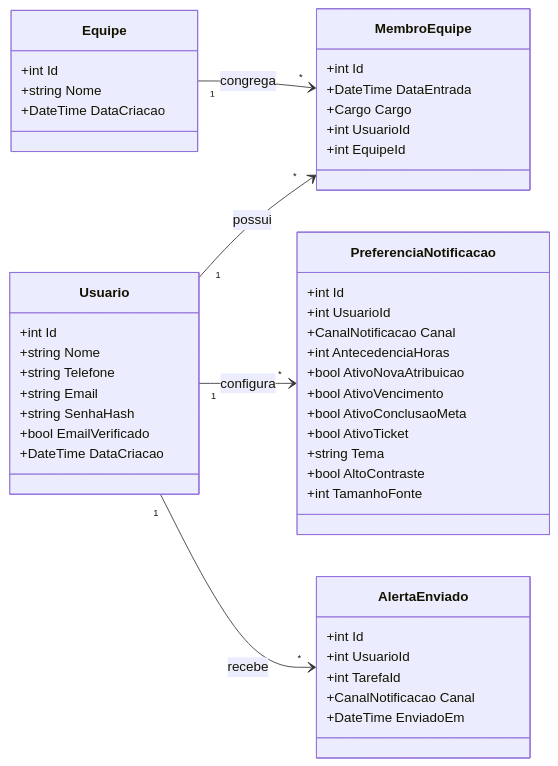
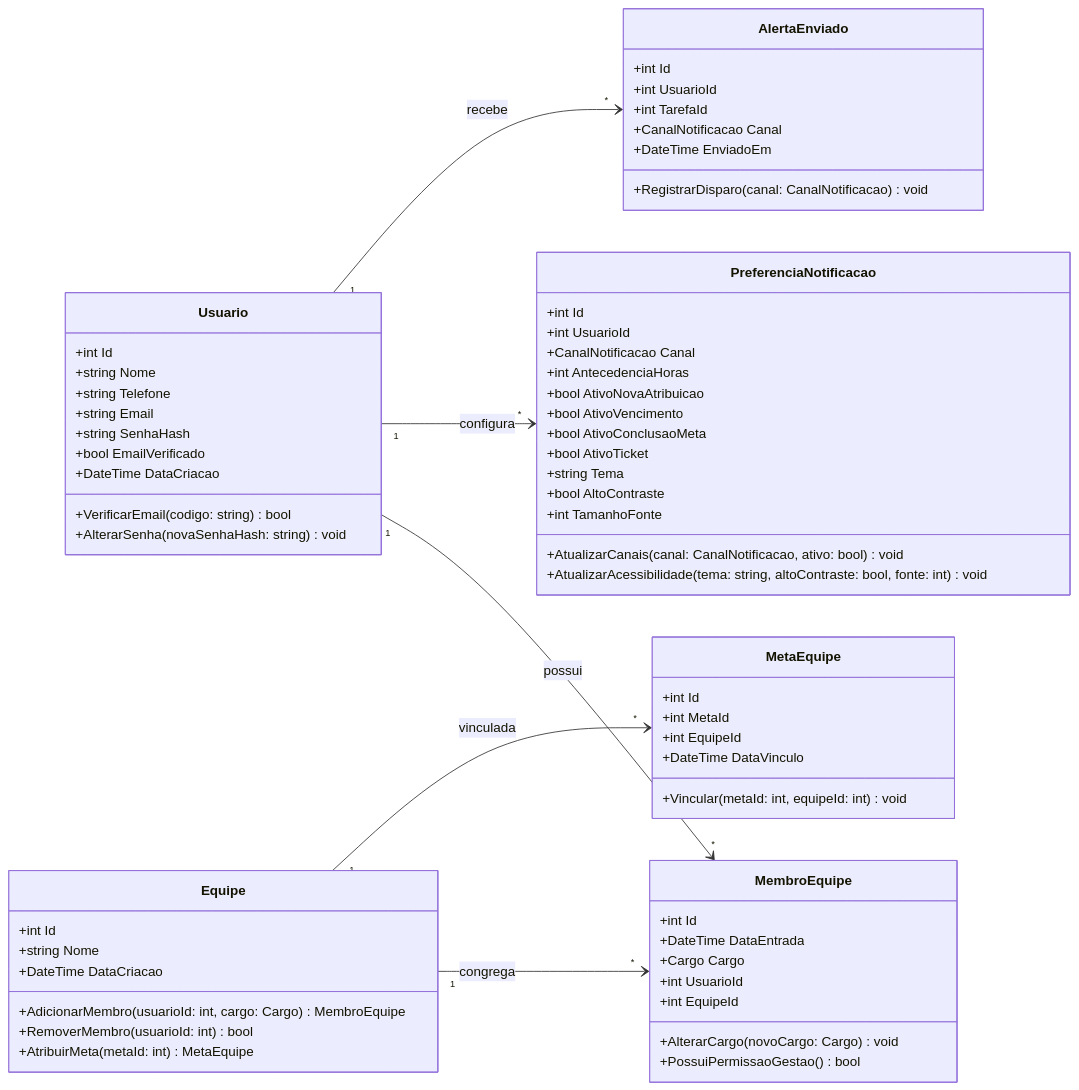
The third of 36 diagrams in DIAGRAMAS.md (aikovlr/Cortex-backend), drawn with Mermaid before and after one commit. The commit also changed other lines of this file and 3 other files, not shown here.

First line of the commit message:
docs(diagramas): atualizar diagramas de arquitetura e remover arquivos temporarios de analise

````diff
--- a/DIAGRAMAS.md
+++ b/DIAGRAMAS.md
@@ -563,55 +385,74 @@
 ```mermaid
 classDiagram
     direction LR
 
     class Usuario {
         +int Id
         +string Nome
         +string Telefone
         +string Email
         +string SenhaHash
         +bool EmailVerificado
         +DateTime DataCriacao
+        +VerificarEmail(codigo: string) bool
+        +AlterarSenha(novaSenhaHash: string) void
     }
 
     class Equipe {
         +int Id
         +string Nome
         +DateTime DataCriacao
+        +AdicionarMembro(usuarioId: int, cargo: Cargo) MembroEquipe
+        +RemoverMembro(usuarioId: int) bool
+        +AtribuirMeta(metaId: int) MetaEquipe
     }
 
     class MembroEquipe {
         +int Id
         +DateTime DataEntrada
         +Cargo Cargo
         +int UsuarioId
         +int EquipeId
+        +AlterarCargo(novoCargo: Cargo) void
+        +PossuiPermissaoGestao() bool
+    }
+
+    class MetaEquipe {
+        +int Id
+        +int MetaId
+        +int EquipeId
+        +DateTime DataVinculo
+        +Vincular(metaId: int, equipeId: int) void
     }
 
     class PreferenciaNotificacao {
         +int Id
         +int UsuarioId
         +CanalNotificacao Canal
         +int AntecedenciaHoras
         +bool AtivoNovaAtribuicao
         +bool AtivoVencimento
         +bool AtivoConclusaoMeta
         +bool AtivoTicket
         +string Tema
         +bool AltoContraste
         +int TamanhoFonte
+        +AtualizarCanais(canal: CanalNotificacao, ativo: bool) void
+        +AtualizarAcessibilidade(tema: string, altoContraste: bool, fonte: int) void
     }
 
     class AlertaEnviado {
         +int Id
         +int UsuarioId
         +int TarefaId
         +CanalNotificacao Canal
         +DateTime EnviadoEm
+        +RegistrarDisparo(canal: CanalNotificacao) void
     }
 
     Usuario "1" --> "*" MembroEquipe : possui
     Equipe "1" --> "*" MembroEquipe : congrega
+    Equipe "1" --> "*" MetaEquipe : vinculada
     Usuario "1" --> "*" PreferenciaNotificacao : configura
     Usuario "1" --> "*" AlertaEnviado : recebe
 ```
````
